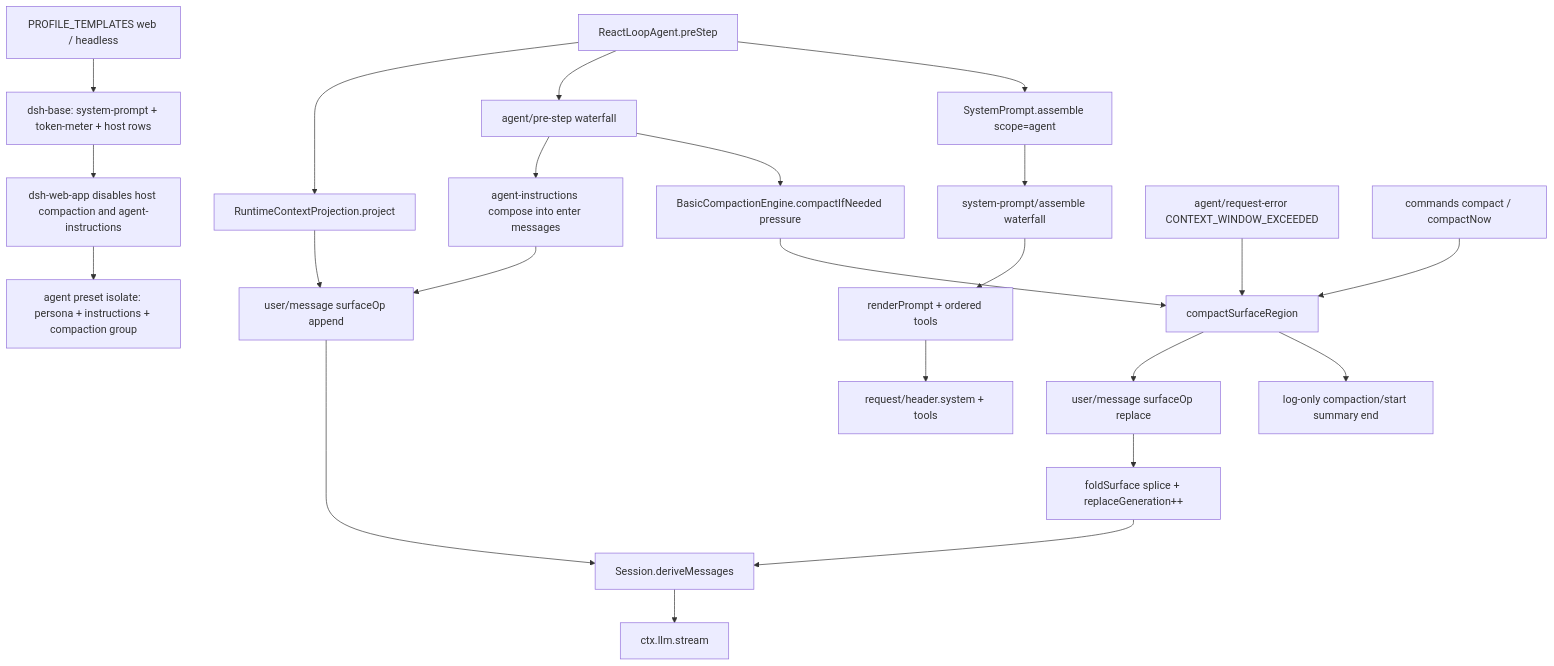
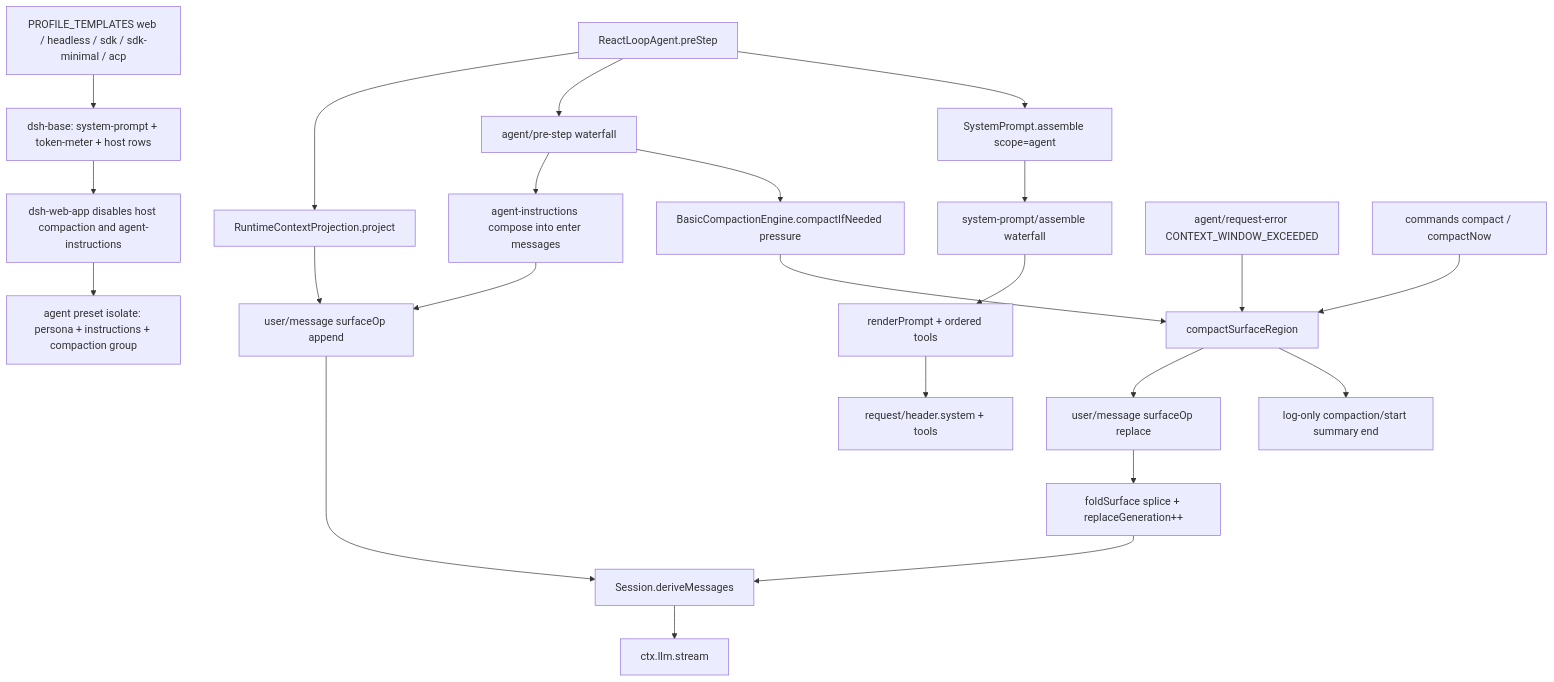
Before and after one commit to wdnmdtonyma/SOTA-Agent-LLM-Wiki: the diagram in docs/llm-wiki/deepseek-harness/spine/context-and-compaction.md, drawn with Mermaid. The commit also changed other lines of this file and 217 other files, not shown here.

````diff
--- a/docs/llm-wiki/deepseek-harness/spine/context-and-compaction.md
+++ b/docs/llm-wiki/deepseek-harness/spine/context-and-compaction.md
@@ -67,25 +67,25 @@
 ```mermaid
 flowchart TD
-  Profile["PROFILE_TEMPLATES web / headless"] --> Base["dsh-base: system-prompt + token-meter + host rows"]
+  Profile["PROFILE_TEMPLATES web / headless / sdk / sdk-minimal / acp"] --> Base["dsh-base: system-prompt + token-meter + host rows"]
   Base --> Web["dsh-web-app disables host compaction and agent-instructions"]
   Web --> Preset["agent preset isolate: persona + instructions + compaction group"]
   Loop["ReactLoopAgent.preStep"] --> Assemble["SystemPrompt.assemble scope=agent"]
   Assemble --> Waterfall["system-prompt/assemble waterfall"]
   Waterfall --> Render["renderPrompt + ordered tools"]
   Loop --> PreStep["agent/pre-step waterfall"]
   PreStep --> Pressure["BasicCompactionEngine.compactIfNeeded pressure"]
   PreStep --> Inject["agent-instructions compose into enter messages"]
   Loop --> Snapshot["RuntimeContextProjection.project"]
   Pressure --> Region["compactSurfaceRegion"]
   Overflow["agent/request-error CONTEXT_WINDOW_EXCEEDED"] --> Region
   Manual["commands compact / compactNow"] --> Region
   Region --> Markers["log-only compaction/start summary end"]
   Region --> Replace["user/message surfaceOp replace"]
   Replace --> Fold["foldSurface splice + replaceGeneration++"]
   Fold --> Derive["Session.deriveMessages"]
   Render --> Header["request/header.system + tools"]
   Snapshot --> SurfaceAppend["user/message surfaceOp append"]
   Inject --> SurfaceAppend
   SurfaceAppend --> Derive
   Derive --> LLM["ctx.llm.stream"]
 ```
````
